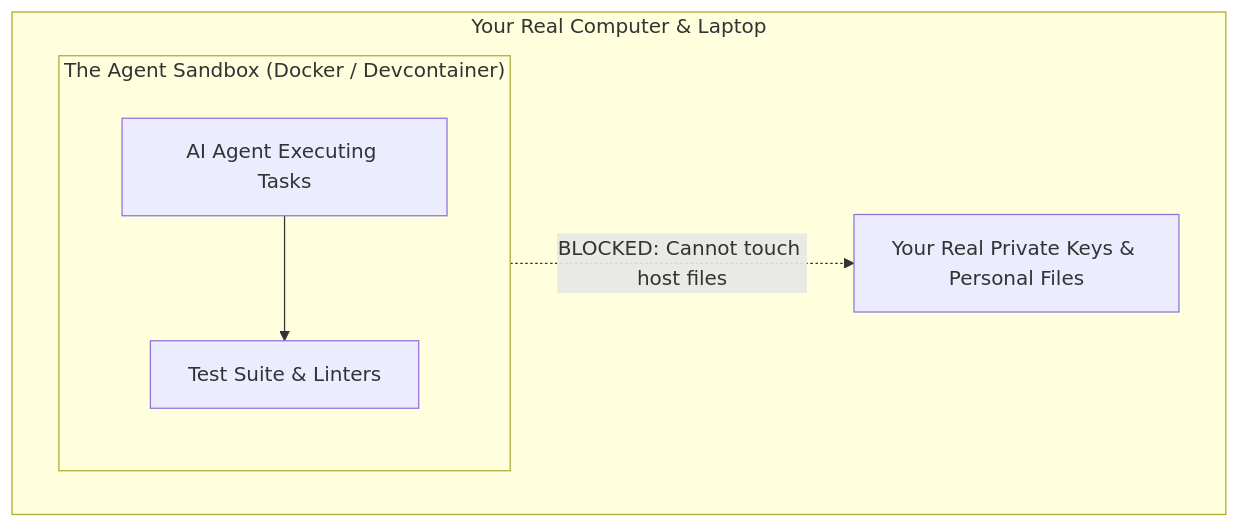
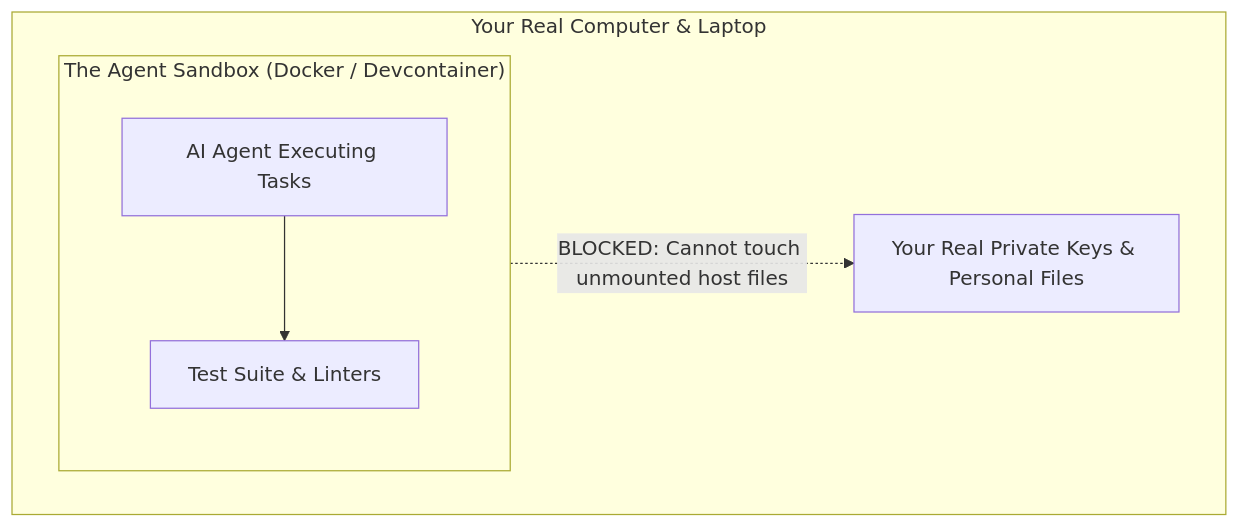
The diagram in docs/dummysguide/05-privacy-and-sandboxes.md (dan-petty/vibes), drawn with Mermaid before and after one commit. The commit also changed other lines of this file and 248 other files, not shown here.

````diff
--- a/docs/dummysguide/05-privacy-and-sandboxes.md
+++ b/docs/dummysguide/05-privacy-and-sandboxes.md
@@ -78,12 +78,12 @@
 ```mermaid
 flowchart TD
     subgraph Host ["Your Real Computer & Laptop"]
         subgraph Sandbox ["The Agent Sandbox (Docker / Devcontainer)"]
             Agent["AI Agent Executing Tasks"]
             Tests["Test Suite & Linters"]
             Agent --> Tests
         end
         Secrets["Your Real Private Keys & Personal Files"]
     end
-    Sandbox -.->|"BLOCKED: Cannot touch host files"| Secrets
+    Sandbox -.->|"BLOCKED: Cannot touch unmounted host files"| Secrets
 ```
````
